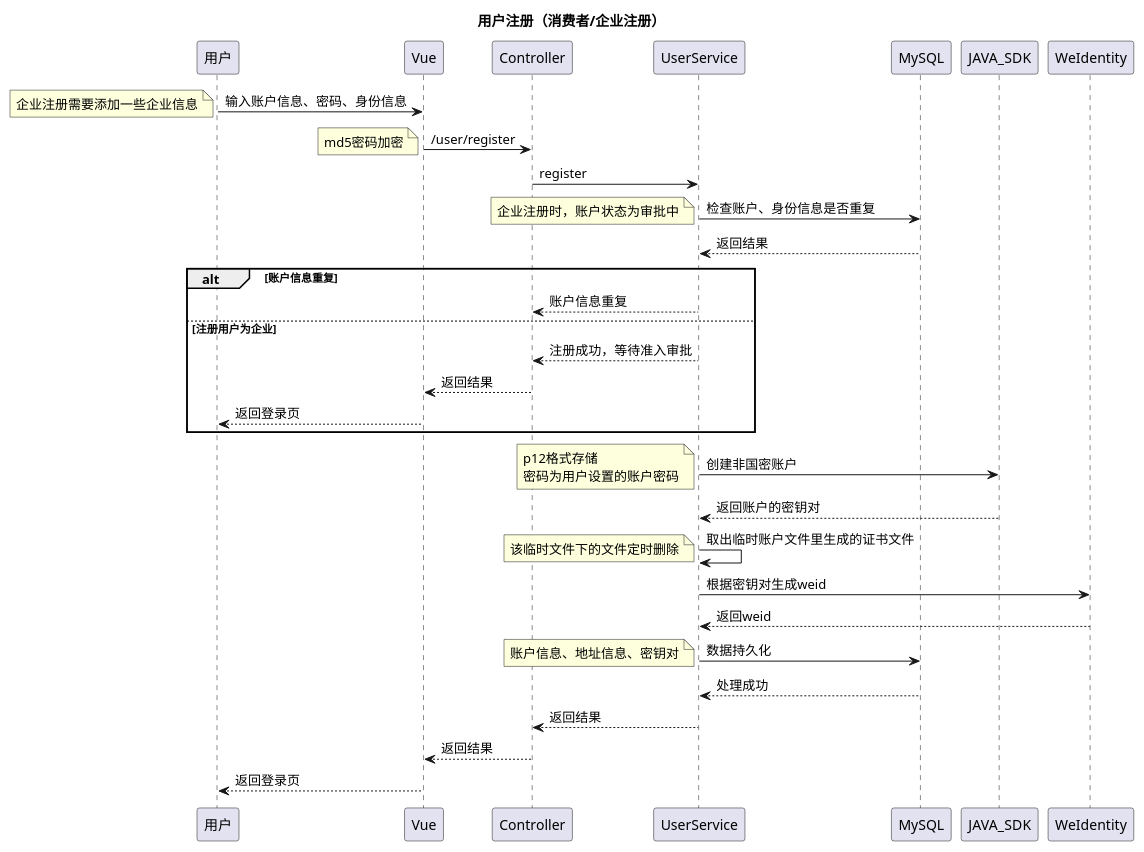
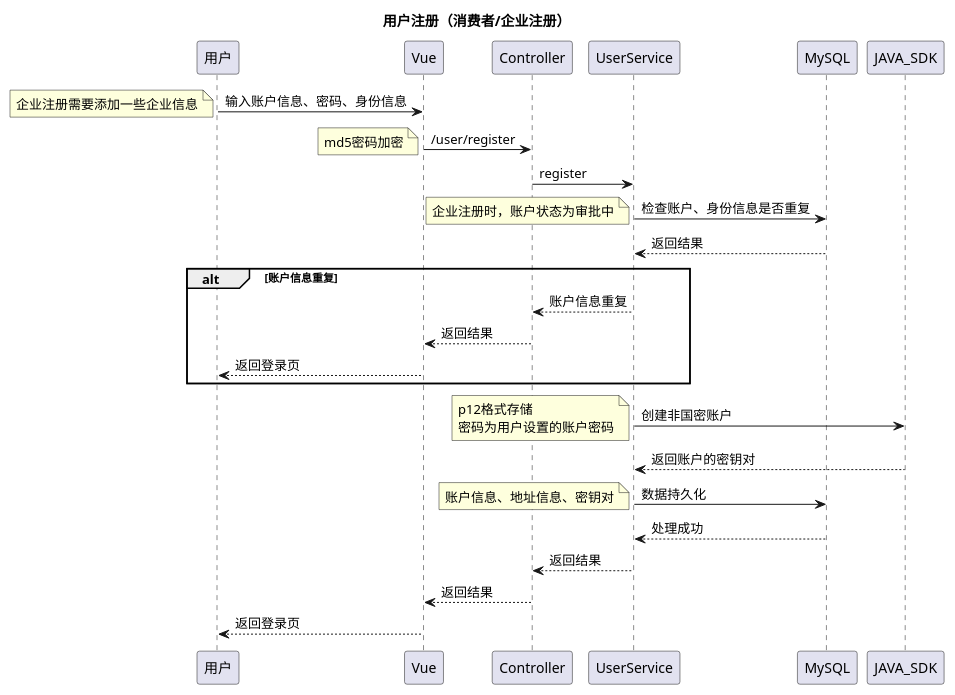
The diagram in docs/时序图/用户注册.puml (cmgun/B-Recycle), drawn with PlantUML before and after one commit. The commit also changed 22 other files, not shown here.

```diff
--- a/docs/时序图/用户注册.puml
+++ b/docs/时序图/用户注册.puml
@@ -1,51 +1,44 @@
 @startuml
 'https://plantuml.com/sequence-diagram
 title 用户注册（消费者/企业注册）
 
 用户 -> Vue : 输入账户信息、密码、身份信息
 note left
 企业注册需要添加一些企业信息
 end note
 Vue -> Controller : /user/register
 note left
 md5密码加密
 end note
 Controller -> UserService : register
 UserService -> MySQL : 检查账户、身份信息是否重复
 note left
 企业注册时，账户状态为审批中
 end note
 UserService <-- MySQL : 返回结果
 alt 账户信息重复
     Controller <-- UserService : 账户信息重复
-else 注册用户为企业
-    Controller <-- UserService : 注册成功，等待准入审批
     Vue <-- Controller : 返回结果
     用户 <-- Vue : 返回登录页
 end alt
 
 UserService -> JAVA_SDK : 创建非国密账户
 note left
 p12格式存储
 密码为用户设置的账户密码
 end note
 
 UserService <-- JAVA_SDK : 返回账户的密钥对
-UserService -> UserService : 取出临时账户文件里生成的证书文件
-note left
-该临时文件下的文件定时删除
-end note
-
-UserService -> WeIdentity : 根据密钥对生成weid
-UserService <-- WeIdentity : 返回weid
+'UserService -> WeIdentity : 根据密钥对生成weid
+'UserService <-- WeIdentity : 返回weid
 
 UserService -> MySQL : 数据持久化
 note left
 账户信息、地址信息、密钥对
 end note
 UserService <-- MySQL : 处理成功
 Controller <-- UserService : 返回结果
 Vue <-- Controller : 返回结果
 用户 <-- Vue : 返回登录页
 
 @enduml
```
